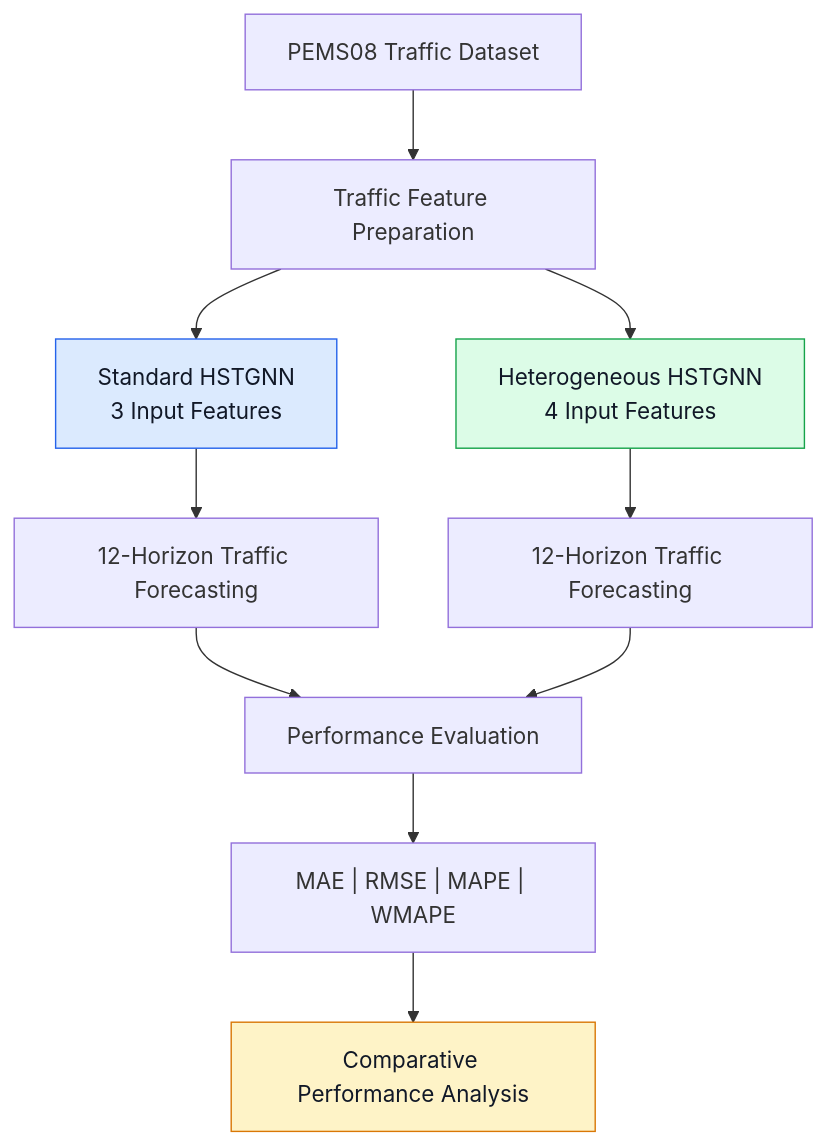
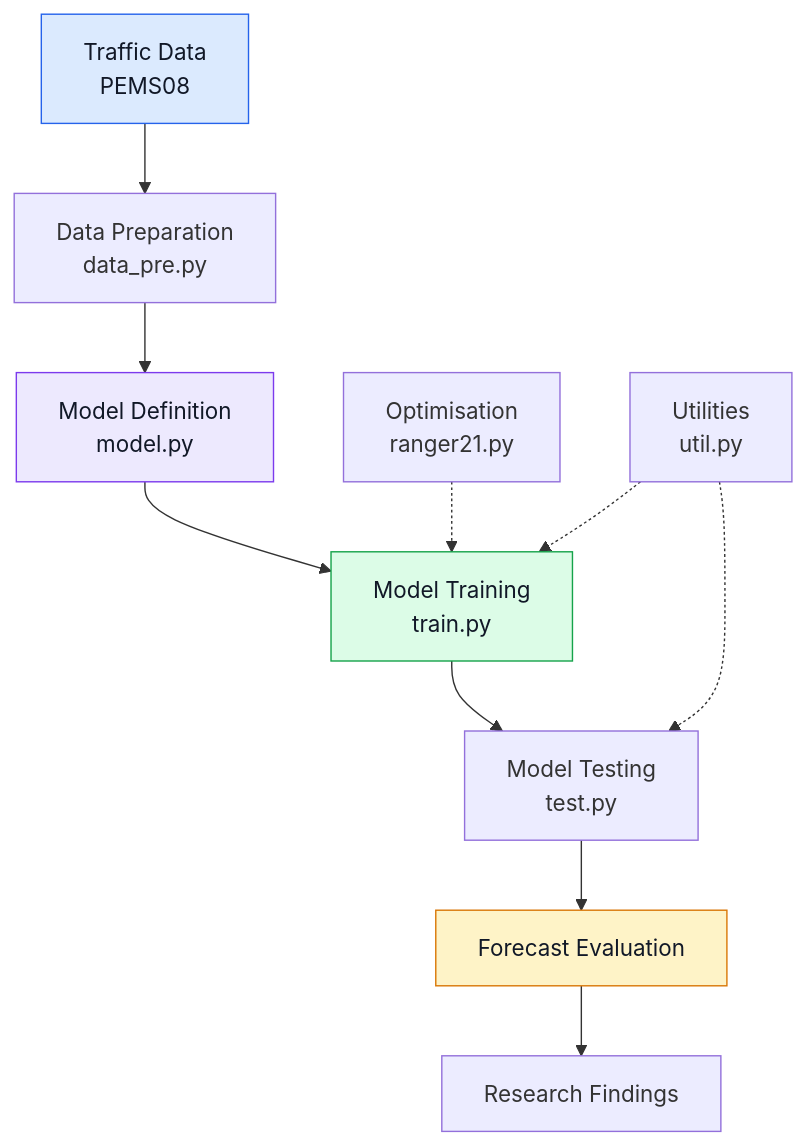
The second of 3 diagrams in README.md (janani2075-ui/Heterogeneous-Traffic-Forecasting-Two-Wheeler-Prediction-HSTGNN), drawn with Mermaid before and after one commit. The commit also changed other lines of this file, not shown here.

````diff
--- a/README.md
+++ b/README.md
@@ -186,20 +185,36 @@
 ```mermaid
 flowchart TD
-    A["PEMS08 Traffic Dataset"] --> B["Traffic Feature Preparation"]
+    A["Traffic Data<br/>PEMS08"]
 
-    B --> C["Standard HSTGNN<br/>3 Input Features"]
-    B --> D["Heterogeneous HSTGNN<br/>4 Input Features"]
+    B["Data Preparation<br/>data_pre.py"]
 
-    C --> E["12-Horizon Traffic Forecasting"]
-    D --> F["12-Horizon Traffic Forecasting"]
+    C["Model Definition<br/>model.py"]
 
-    E --> G["Performance Evaluation"]
+    D["Model Training<br/>train.py"]
+
+    E["Model Testing<br/>test.py"]
+
+    F["Forecast Evaluation"]
+
+    G["Research Findings"]
+
+    H["Optimisation<br/>ranger21.py"]
+
+    I["Utilities<br/>util.py"]
+
+    A --> B
+    B --> C
+    C --> D
+    D --> E
+    E --> F
     F --> G
 
-    G --> H["MAE | RMSE | MAPE | WMAPE"]
-    H --> I["Comparative Performance Analysis"]
+    H -.-> D
+    I -.-> D
+    I -.-> E
 
-    style C fill:#DBEAFE,stroke:#2563EB,color:#111827
+    style A fill:#DBEAFE,stroke:#2563EB,color:#111827
+    style C fill:#EDE9FE,stroke:#7C3AED,color:#111827
     style D fill:#DCFCE7,stroke:#16A34A,color:#111827
-    style I fill:#FEF3C7,stroke:#D97706,color:#111827
+    style F fill:#FEF3C7,stroke:#D97706,color:#111827
 ```
````
